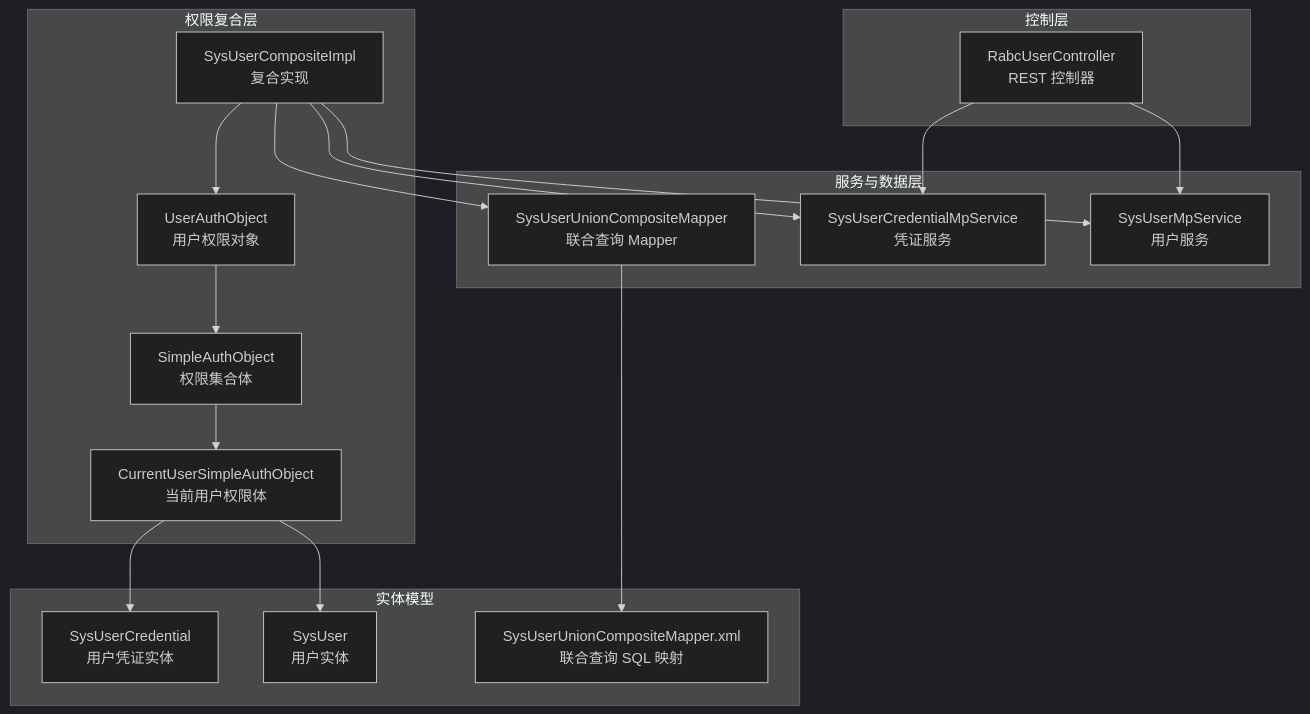
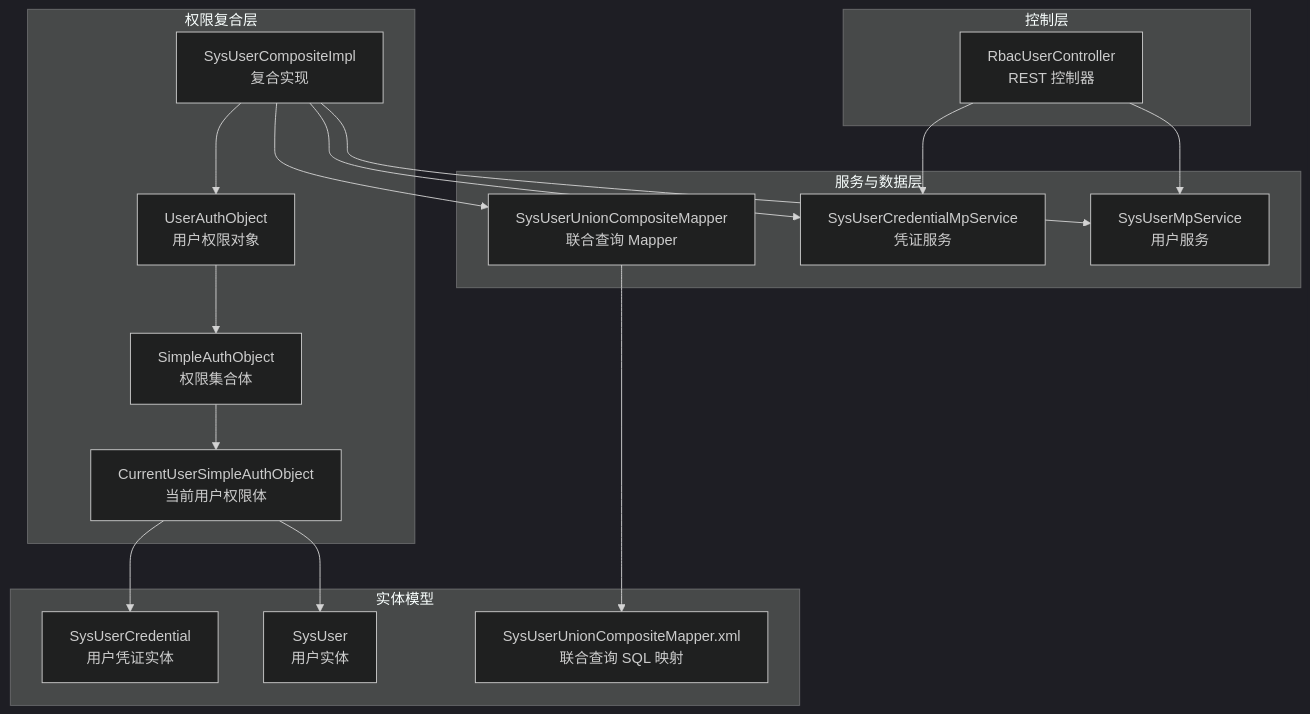
The first of 4 diagrams in .qoder/repowiki/zh/content/权限系统 (qy-auth)/RBAC实现 (auth-rbac)/用户管理.md (LiukewenSC/kewen-framework), drawn with Mermaid (dark theme) before and after one commit. The commit also changed other lines of this file and 764 other files, not shown here.

````diff
--- a/.qoder/repowiki/zh/content/权限系统 (qy-auth)/RBAC实现 (auth-rbac)/用户管理.md
+++ b/.qoder/repowiki/zh/content/权限系统 (qy-auth)/RBAC实现 (auth-rbac)/用户管理.md
@@ -50,33 +50,33 @@
 ```mermaid
 graph TB
 subgraph "控制层"
-C1["RabcUserController<br/>REST 控制器"]
+C1["RbacUserController<br/>REST 控制器"]
 end
 subgraph "服务与数据层"
 S1["SysUserMpService<br/>用户服务"]
 S2["SysUserCredentialMpService<br/>凭证服务"]
 M1["SysUserUnionCompositeMapper<br/>联合查询 Mapper"]
 end
 subgraph "权限复合层"
 I1["SysUserCompositeImpl<br/>复合实现"]
 O1["UserAuthObject<br/>用户权限对象"]
 O2["SimpleAuthObject<br/>权限集合体"]
 O3["CurrentUserSimpleAuthObject<br/>当前用户权限体"]
 end
 subgraph "实体模型"
 E1["SysUser<br/>用户实体"]
 E2["SysUserCredential<br/>用户凭证实体"]
 M2["SysUserUnionCompositeMapper.xml<br/>联合查询 SQL 映射"]
 end
 C1 --> S1
 C1 --> S2
 I1 --> S1
 I1 --> S2
 I1 --> M1
 I1 --> O1
 O1 --> O2
 O2 --> O3
 O3 --> E1
 O3 --> E2
 M1 --> M2
 ```
````
